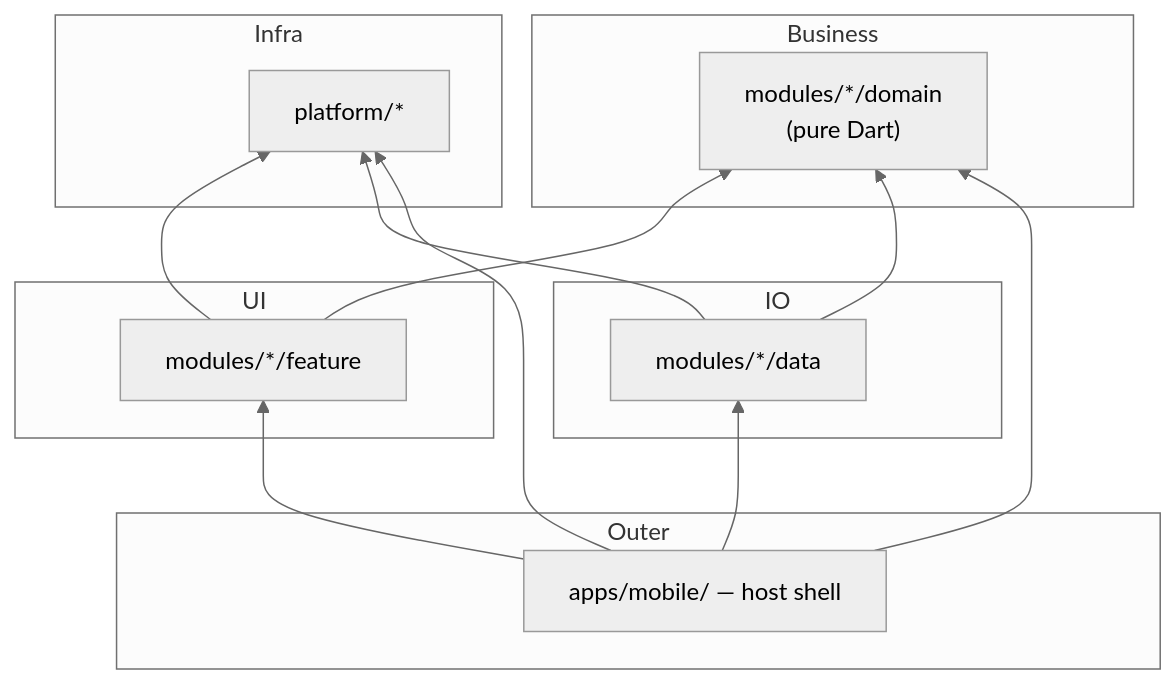
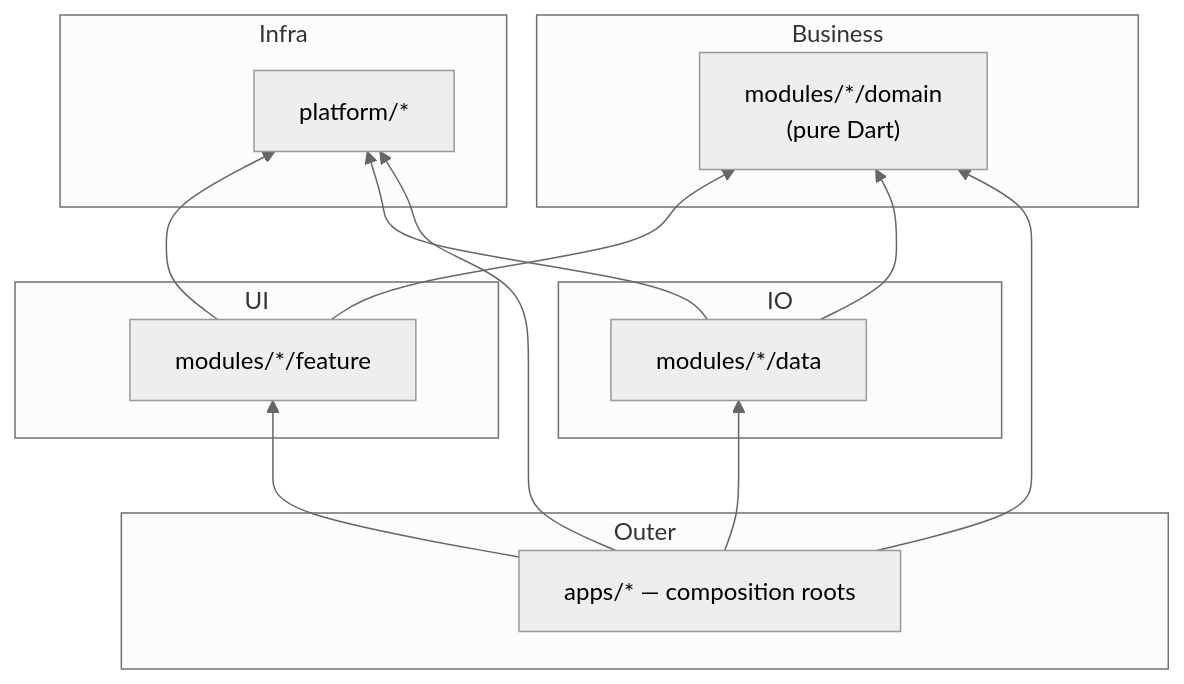
The diagram in docs/en/getting-started/02_project_tour.md (CaoGiaHieu-dev/flutter-monorepo-codebase), drawn with Mermaid (neutral theme) before and after one commit. The commit also changed other lines of this file and 29 other files, not shown here.

````diff
--- a/docs/en/getting-started/02_project_tour.md
+++ b/docs/en/getting-started/02_project_tour.md
@@ -122,27 +124,27 @@
 ```mermaid
 graph BT
     subgraph Outer
-        App["apps/mobile/ — host shell"]
+        App["apps/* — composition roots"]
     end
     subgraph UI
         Features["modules/*/feature"]
     end
     subgraph Business
         Domain["modules/*/domain<br/>(pure Dart)"]
     end
     subgraph IO
         Data["modules/*/data"]
     end
     subgraph Infra
         Core["platform/*"]
     end
 
     Features --> Domain
     Data --> Domain
     Features --> Core
     Data --> Core
     App --> Features
     App --> Data
     App --> Domain
     App --> Core
 ```
````
